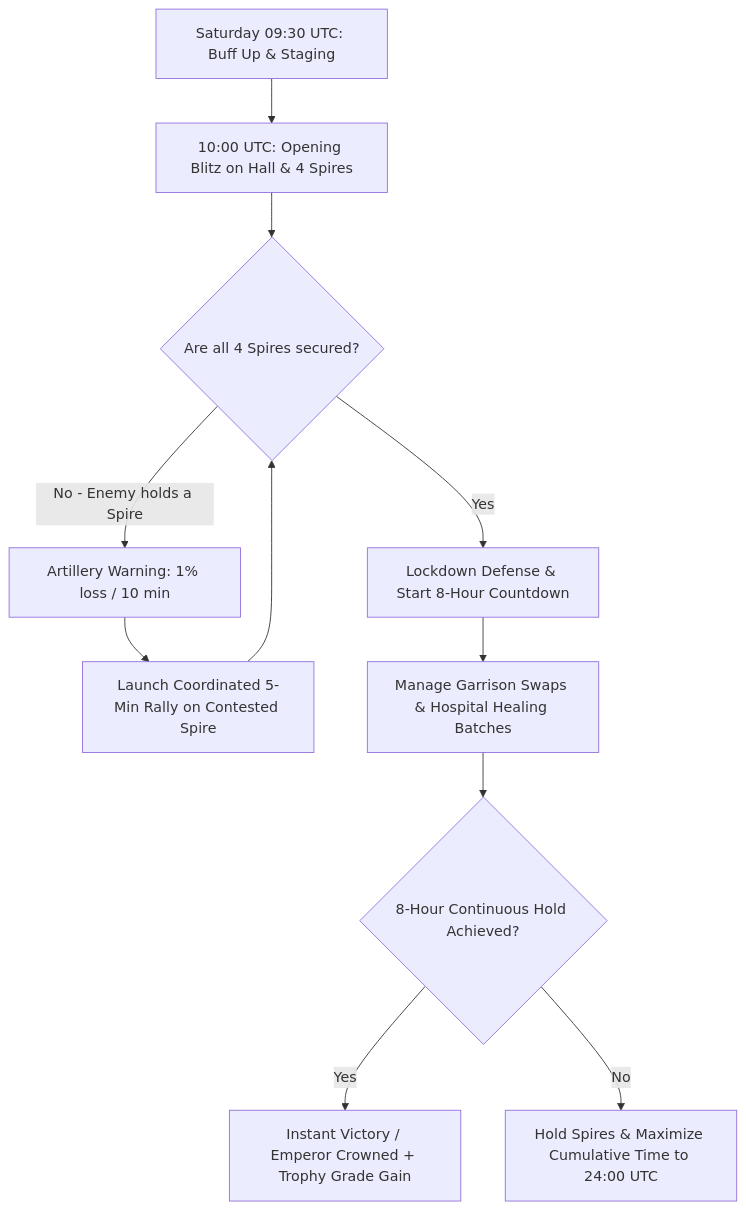
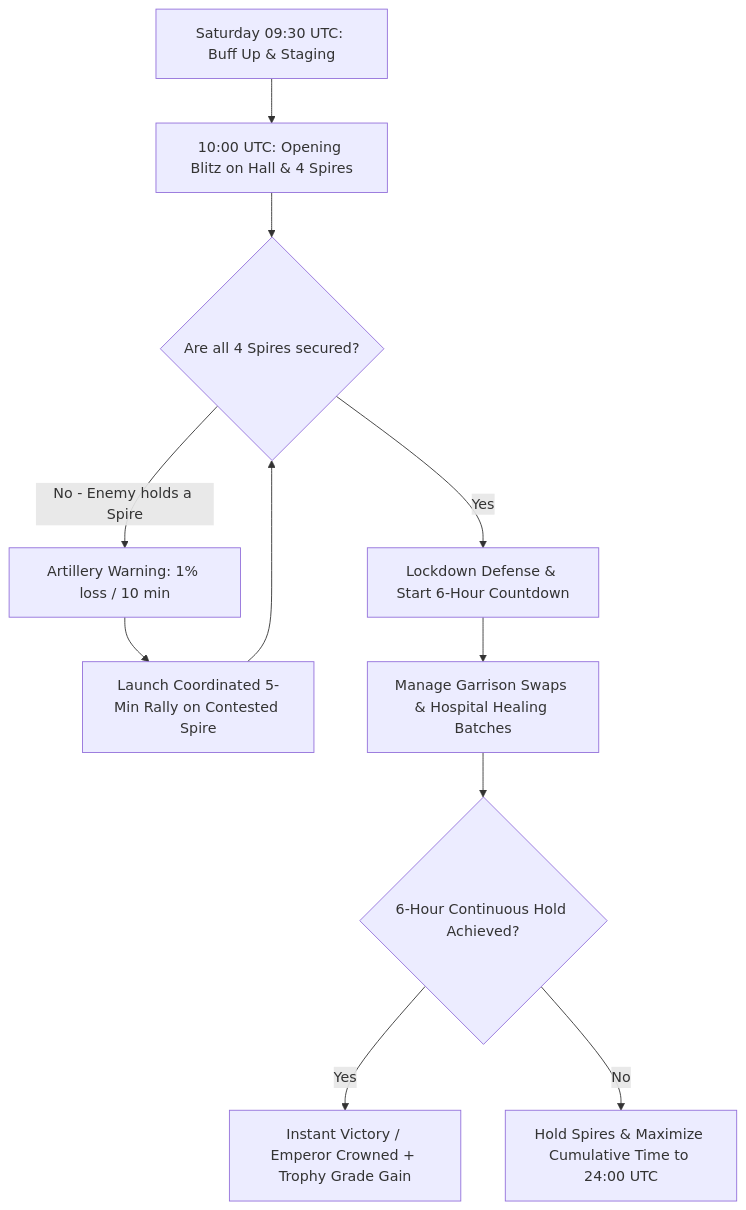
One commit to tradingalerts607/puzzles_chaos changed the diagram in events/conquest_of_lords.md. Above: the diagram before and after it, drawn with Mermaid. The commit also changed other lines of this file and 1 other file, not shown here.

Commit message:
Correct instant win condition from 8 hours to 6 hours continuous hold

````diff
--- a/events/conquest_of_lords.md
+++ b/events/conquest_of_lords.md
@@ -237,13 +237,13 @@
 ```mermaid
 flowchart TD
     A[Saturday 09:30 UTC: Buff Up & Staging] --> B[10:00 UTC: Opening Blitz on Hall & 4 Spires]
     B --> C{Are all 4 Spires secured?}
-    C -->|Yes| D[Lockdown Defense & Start 8-Hour Countdown]
+    C -->|Yes| D[Lockdown Defense & Start 6-Hour Countdown]
     C -->|No - Enemy holds a Spire| E[Artillery Warning: 1% loss / 10 min]
     E --> F[Launch Coordinated 5-Min Rally on Contested Spire]
     F --> C
     D --> G[Manage Garrison Swaps & Hospital Healing Batches]
-    G --> H{8-Hour Continuous Hold Achieved?}
+    G --> H{6-Hour Continuous Hold Achieved?}
     H -->|Yes| I[Instant Victory / Emperor Crowned + Trophy Grade Gain]
     H -->|No| J[Hold Spires & Maximize Cumulative Time to 24:00 UTC]
 ```
````
